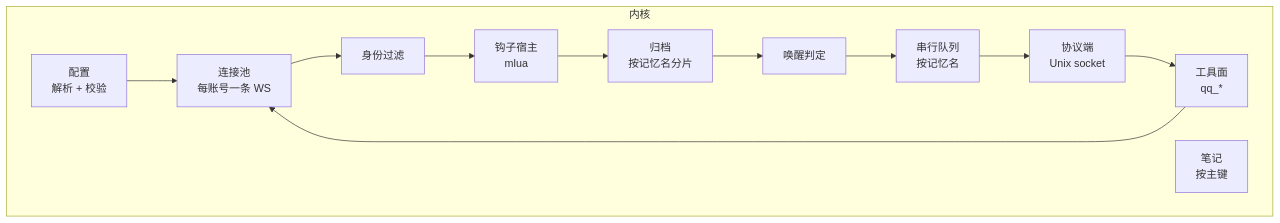
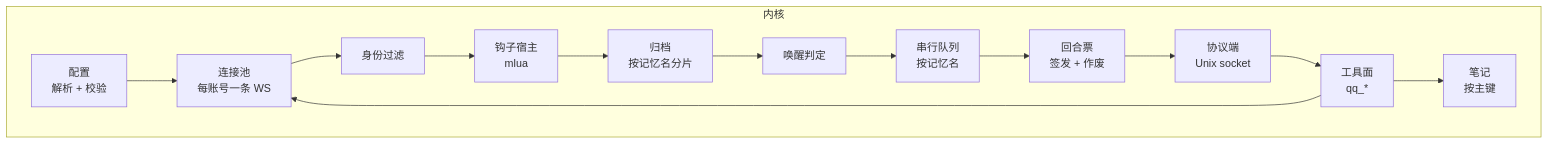
Before and after one commit to DataEraserC/qq-bridge: the first of 2 diagrams in docs/architecture/03-kernel.md, drawn with Mermaid. The commit also changed other lines of this file and 5 other files, not shown here.

````diff
--- a/docs/architecture/03-kernel.md
+++ b/docs/architecture/03-kernel.md
@@ -15,24 +15,27 @@
 ```mermaid
 flowchart TB
     subgraph kernel[内核]
         CFG["配置<br/>解析 + 校验"]
         CONN["连接池<br/>每账号一条 WS"]
         FILT["身份过滤"]
         HOOK["钩子宿主<br/>mlua"]
         ARCH["归档<br/>按记忆名分片"]
         NOTE["笔记<br/>按主键"]
         WAKE["唤醒判定"]
         QUEUE["串行队列<br/>按记忆名"]
+        TURN["回合票<br/>签发 + 作废"]
         PROTO["协议端<br/>Unix socket"]
         TOOL["工具面<br/>qq_*"]
     end
     CFG --> CONN
     CONN --> FILT
     FILT --> HOOK
     HOOK --> ARCH
     ARCH --> WAKE
     WAKE --> QUEUE
-    QUEUE --> PROTO
+    QUEUE --> TURN
+    TURN --> PROTO
     PROTO --> TOOL
     TOOL --> CONN
+    TOOL --> NOTE
 ```
````
